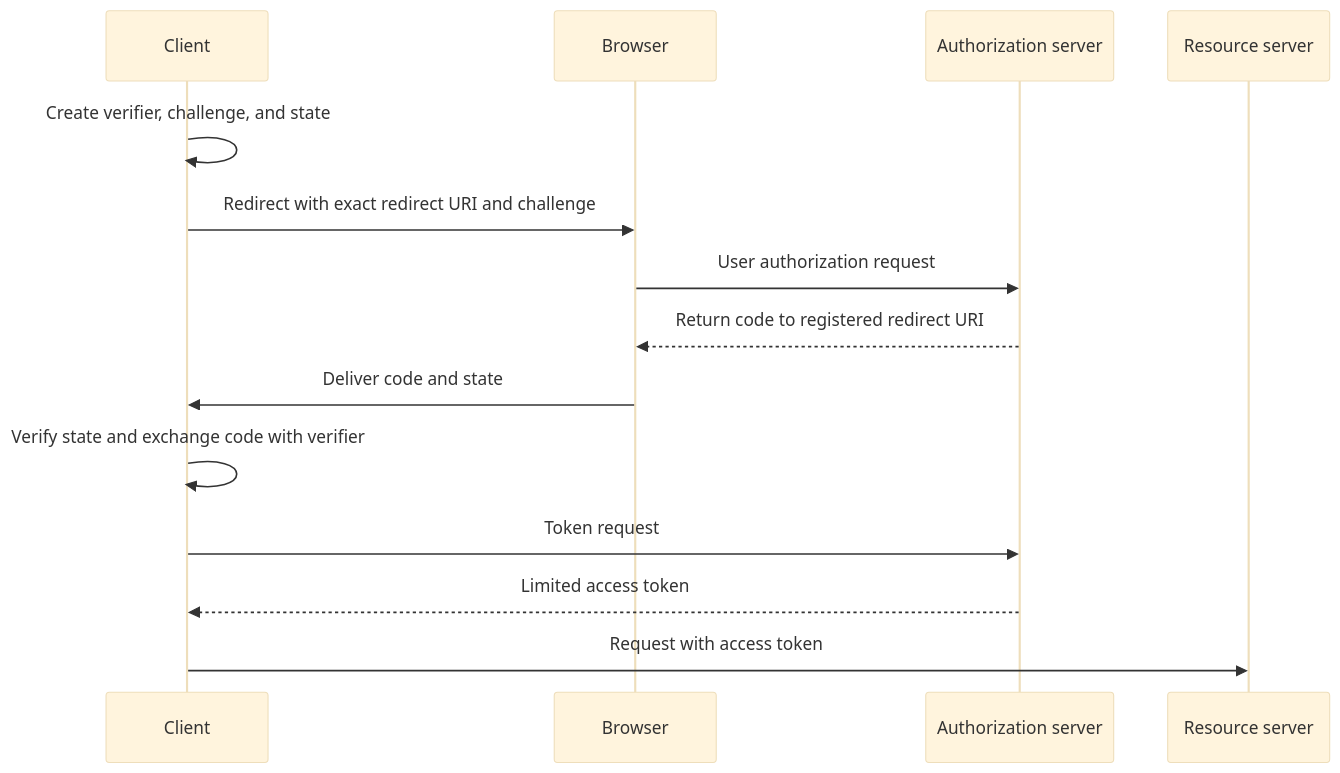
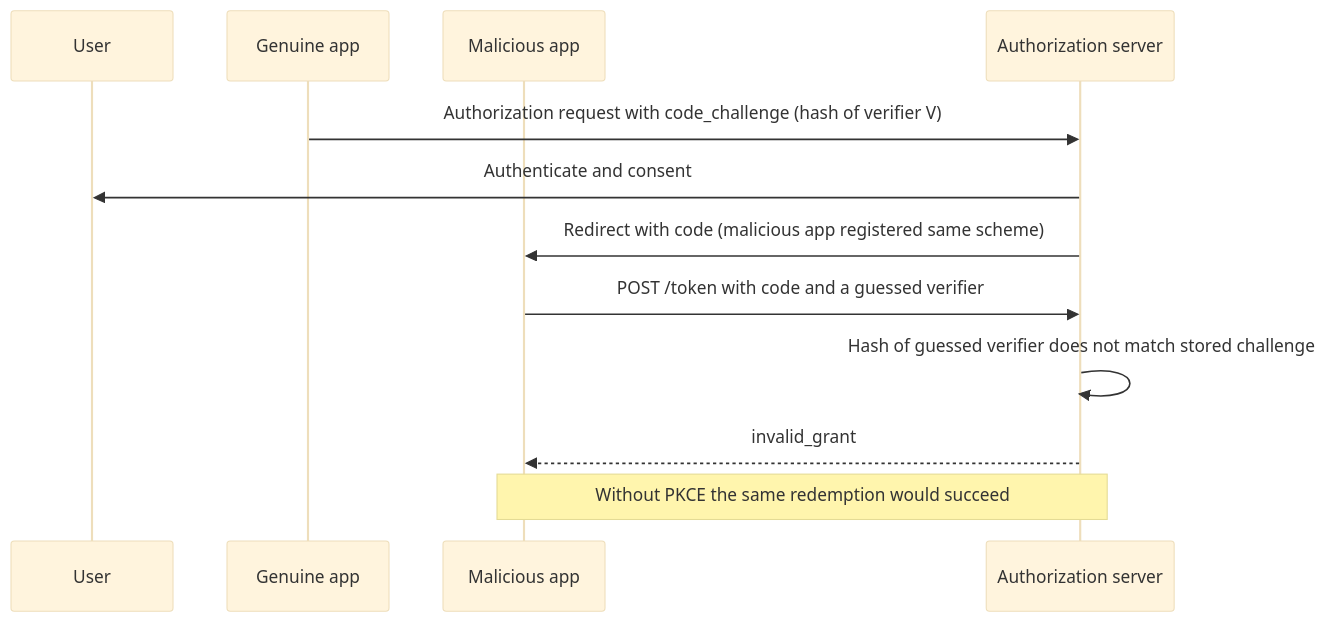
Before and after one commit to joydasss/Architect: the fourth of 13 diagrams in 15_Security/CH06_OAuth.md, drawn with Mermaid (base theme). The commit also changed other lines of this file and 295 other files, not shown here.

````diff
--- a/15_Security/CH06_OAuth.md
+++ b/15_Security/CH06_OAuth.md
@@ -28,16 +261,14 @@
 ```mermaid
 sequenceDiagram
-    participant Client
-    participant Browser
-    participant AS as Authorization server
-    participant API as Resource server
-    Client->>Client: Create verifier, challenge, and state
-    Client->>Browser: Redirect with exact redirect URI and challenge
-    Browser->>AS: User authorization request
-    AS-->>Browser: Return code to registered redirect URI
-    Browser->>Client: Deliver code and state
-    Client->>Client: Verify state and exchange code with verifier
-    Client->>AS: Token request
-    AS-->>Client: Limited access token
-    Client->>API: Request with access token
+    participant U as User
+    participant G as Genuine app
+    participant M as Malicious app
+    participant A as Authorization server
+    G->>A: Authorization request with code_challenge (hash of verifier V)
+    A->>U: Authenticate and consent
+    A->>M: Redirect with code (malicious app registered same scheme)
+    M->>A: POST /token with code and a guessed verifier
+    A->>A: Hash of guessed verifier does not match stored challenge
+    A-->>M: invalid_grant
+    Note over M,A: Without PKCE the same redemption would succeed
 ```
````
